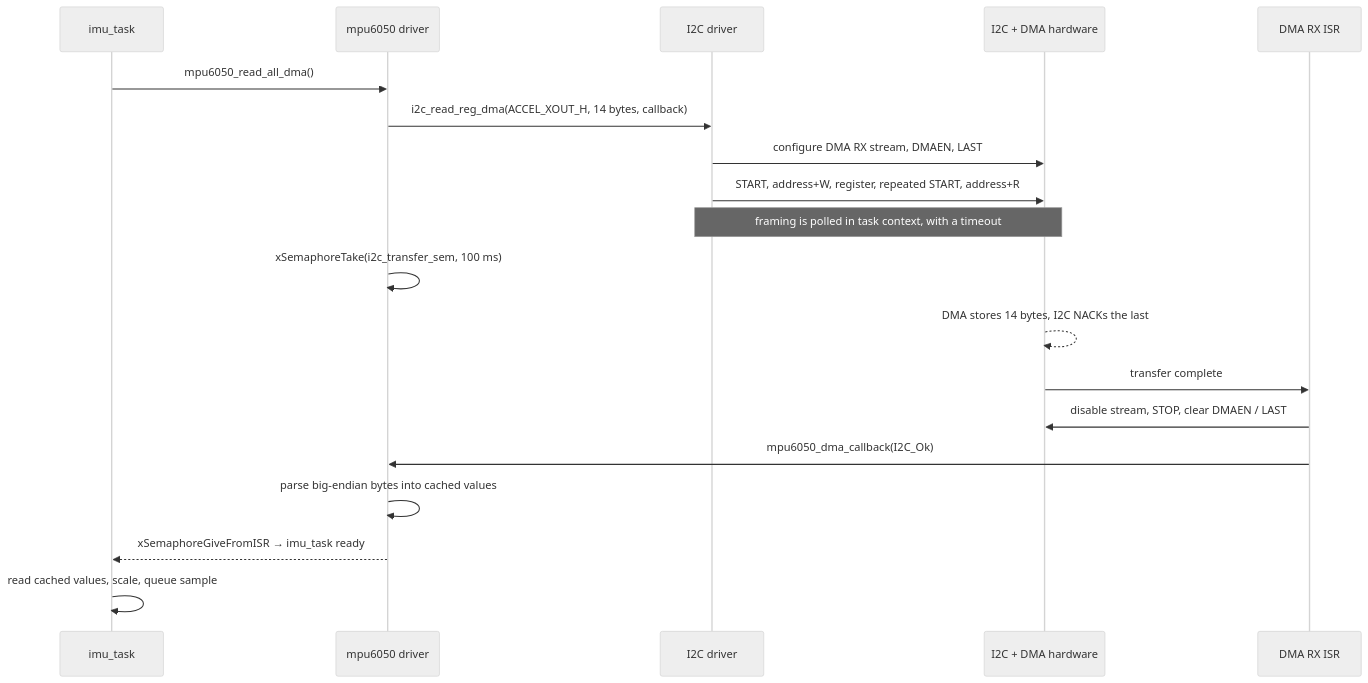
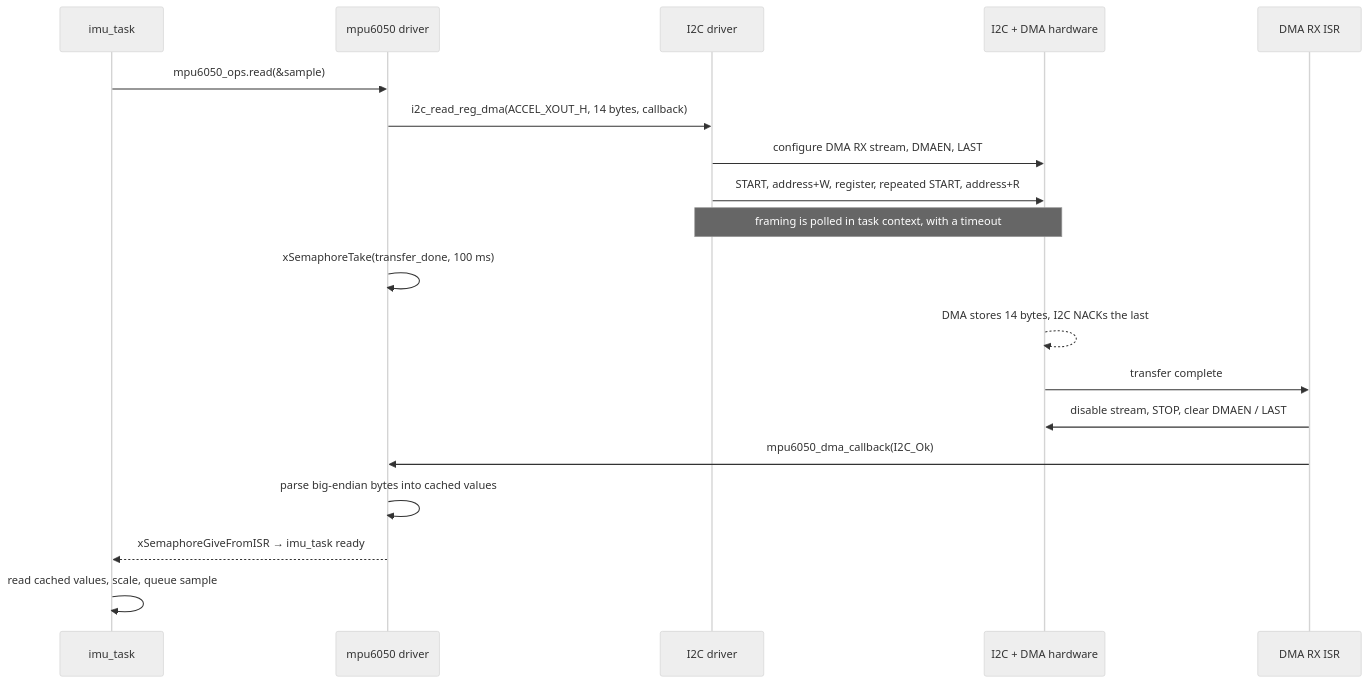
Before and after one commit to machadothi/balancing_robot: the second of 4 diagrams in docs/04-drivers-and-board-layer.md, drawn with Mermaid (neutral theme). The commit also changed other lines of this file and 10 other files, not shown here.

First line of the commit message:
docs: update for decoupled architecture, add link checker

````diff
--- a/docs/04-drivers-and-board-layer.md
+++ b/docs/04-drivers-and-board-layer.md
@@ -82,22 +82,22 @@
 ```mermaid
 sequenceDiagram
     participant T as imu_task
     participant D as mpu6050 driver
     participant I as I2C driver
     participant HW as I2C + DMA hardware
     participant ISR as DMA RX ISR
 
-    T->>D: mpu6050_read_all_dma()
+    T->>D: mpu6050_ops.read(&sample)
     D->>I: i2c_read_reg_dma(ACCEL_XOUT_H, 14 bytes, callback)
     I->>HW: configure DMA RX stream, DMAEN, LAST
     I->>HW: START, address+W, register, repeated START, address+R
     Note over I,HW: framing is polled in task context, with a timeout
-    D->>D: xSemaphoreTake(i2c_transfer_sem, 100 ms)
+    D->>D: xSemaphoreTake(transfer_done, 100 ms)
     HW-->>HW: DMA stores 14 bytes, I2C NACKs the last
     HW->>ISR: transfer complete
     ISR->>HW: disable stream, STOP, clear DMAEN / LAST
     ISR->>D: mpu6050_dma_callback(I2C_Ok)
     D->>D: parse big-endian bytes into cached values
     D-->>T: xSemaphoreGiveFromISR → imu_task ready
     T->>T: read cached values, scale, queue sample
 ```
````
